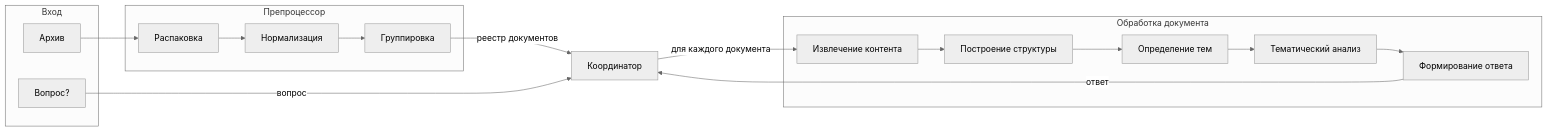
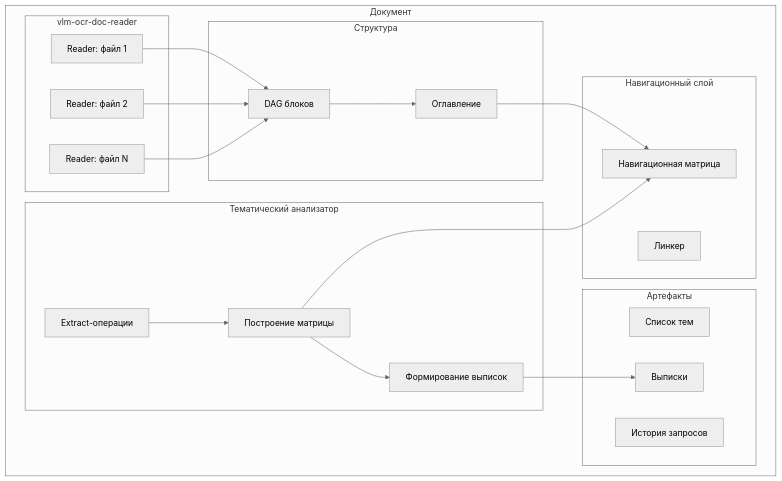
The second of 4 diagrams in 00_docs/architecture/ADPS_Architecture_L2.md (Dieugene/agentic-doc-processing), drawn with Mermaid (neutral theme) before and after one commit. The commit also changed other lines of this file, not shown here.

Commit message:
Architecture L2 add

````diff
--- a/00_docs/architecture/ADPS_Architecture_L2.md
+++ b/00_docs/architecture/ADPS_Architecture_L2.md
@@ -182,35 +354,42 @@
 ```mermaid
-flowchart LR
-    subgraph input["Вход"]
-        ARCHIVE[Архив]
-        QUESTION[Вопрос?]
+flowchart TB
+    subgraph doc["Документ"]
+        subgraph readers["vlm-ocr-doc-reader"]
+            R1[Reader: файл 1]
+            R2[Reader: файл 2]
+            RN[Reader: файл N]
+        end
+
+        subgraph structure["Структура"]
+            DAG[DAG блоков]
+            TOC[Оглавление]
+        end
+
+        subgraph navigation["Навигационный слой"]
+            MATRIX[Навигационная матрица]
+            LINKER[Линкер]
+        end
+
+        subgraph analysis["Тематический анализатор"]
+            EXTRACT[Extract-операции]
+            BUILD[Построение матрицы]
+            SUMMARIES[Формирование выписок]
+        end
+
+        subgraph artifacts["Артефакты"]
+            TOPICS_LIST[Список тем]
+            EXTRACTS_STORE[Выписки]
+            HISTORY[История запросов]
+        end
     end
 
-    subgraph preproc["Препроцессор"]
-        UNPACK[Распаковка]
-        NORMALIZE[Нормализация]
-        GROUP[Группировка]
-    end
-
-    COORD[Координатор]
-
-    subgraph doc_processing["Обработка документа"]
-        EXTRACT[Извлечение контента]
-        STRUCT[Построение структуры]
-        TOPICS[Определение тем]
-        ANALYSIS[Тематический анализ]
-        RESPONSE[Формирование ответа]
-    end
-
-    ARCHIVE --> UNPACK
-    UNPACK --> NORMALIZE
-    NORMALIZE --> GROUP
-    GROUP -->|реестр документов| COORD
-    QUESTION -->|вопрос| COORD
-    COORD -->|для каждого документа| EXTRACT
-    EXTRACT --> STRUCT
-    STRUCT --> TOPICS
-    TOPICS --> ANALYSIS
-    ANALYSIS --> RESPONSE
-    RESPONSE -->|ответ| COORD
+    R1 --> DAG
+    R2 --> DAG
+    RN --> DAG
+    DAG --> TOC
+    TOC --> MATRIX
+    EXTRACT --> BUILD
+    BUILD --> MATRIX
+    BUILD --> SUMMARIES
+    SUMMARIES --> EXTRACTS_STORE
 ```
````
